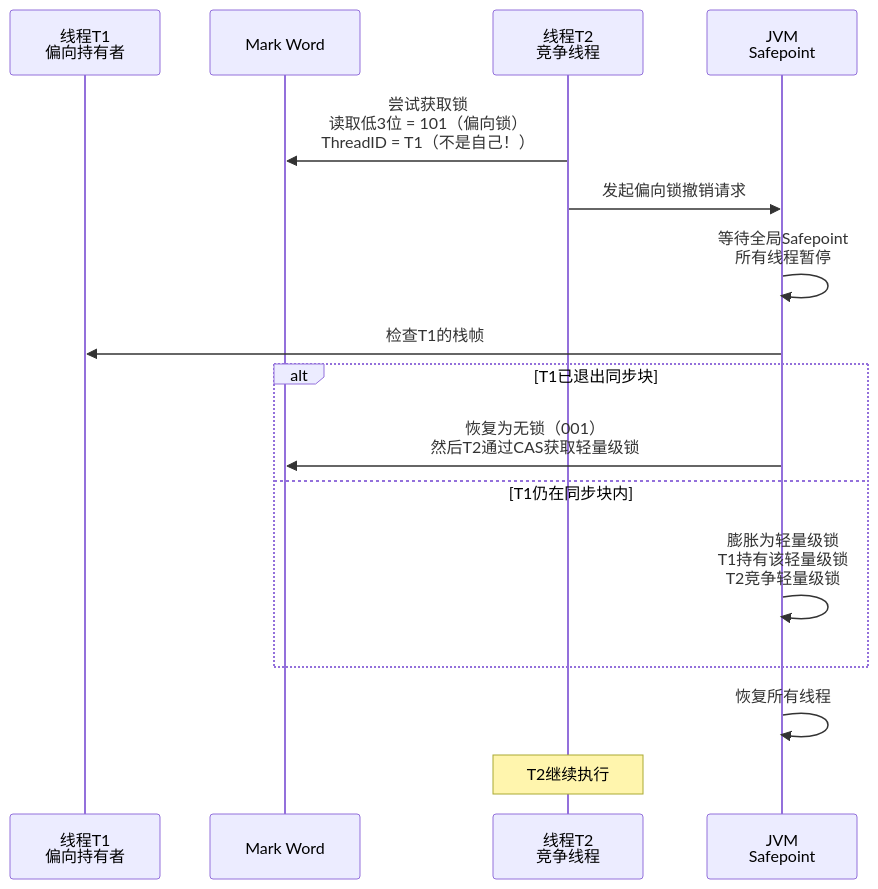
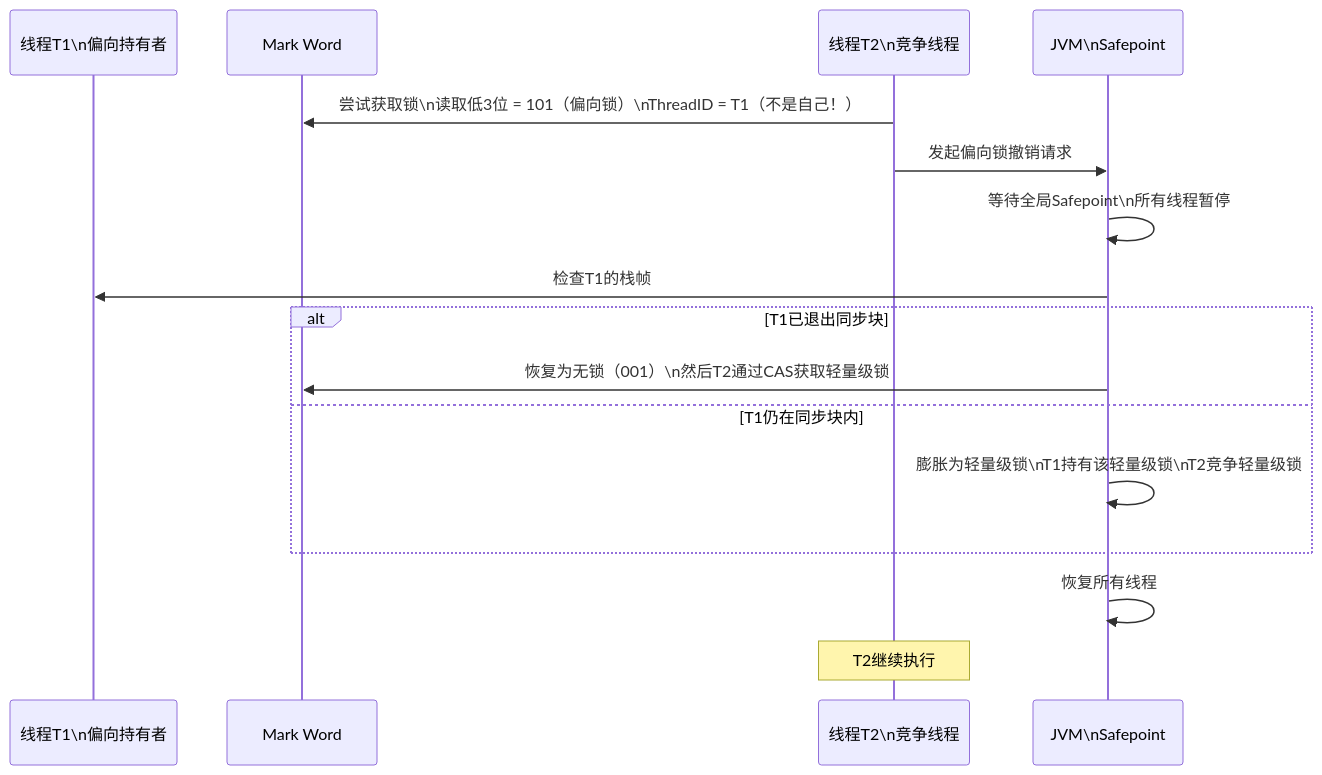
Before and after one commit to yaocat55/yaocat55.github.io: the fourth of 12 diagrams in content/posts/concurrency/SynchronizedLockUpgrade.md, drawn with Mermaid. The commit also changed other lines of this file and 155 other files, not shown here.

````diff
--- a/content/posts/concurrency/SynchronizedLockUpgrade.md
+++ b/content/posts/concurrency/SynchronizedLockUpgrade.md
@@ -278,19 +288,19 @@
 ```mermaid
 sequenceDiagram
-    participant T1 as 线程T1<br/>偏向持有者
+    participant T1 as 线程T1\n偏向持有者
     participant MW as Mark Word
-    participant T2 as 线程T2<br/>竞争线程
-    participant VM as JVM<br/>Safepoint
+    participant T2 as 线程T2\n竞争线程
+    participant VM as JVM\nSafepoint
 
-    T2->>MW: 尝试获取锁<br/>读取低3位 = 101（偏向锁）<br/>ThreadID = T1（不是自己！）
+    T2->>MW: 尝试获取锁\n读取低3位 = 101（偏向锁）\nThreadID = T1（不是自己！）
     T2->>VM: 发起偏向锁撤销请求
-    VM->>VM: 等待全局Safepoint<br/>所有线程暂停
+    VM->>VM: 等待全局Safepoint\n所有线程暂停
     VM->>T1: 检查T1的栈帧
     alt T1已退出同步块
-        VM->>MW: 恢复为无锁（001）<br/>然后T2通过CAS获取轻量级锁
+        VM->>MW: 恢复为无锁（001）\n然后T2通过CAS获取轻量级锁
     else T1仍在同步块内
-        VM->>VM: 膨胀为轻量级锁<br/>T1持有该轻量级锁<br/>T2竞争轻量级锁
+        VM->>VM: 膨胀为轻量级锁\nT1持有该轻量级锁\nT2竞争轻量级锁
     end
     VM->>VM: 恢复所有线程
     Note over T2: T2继续执行
 ```
````
